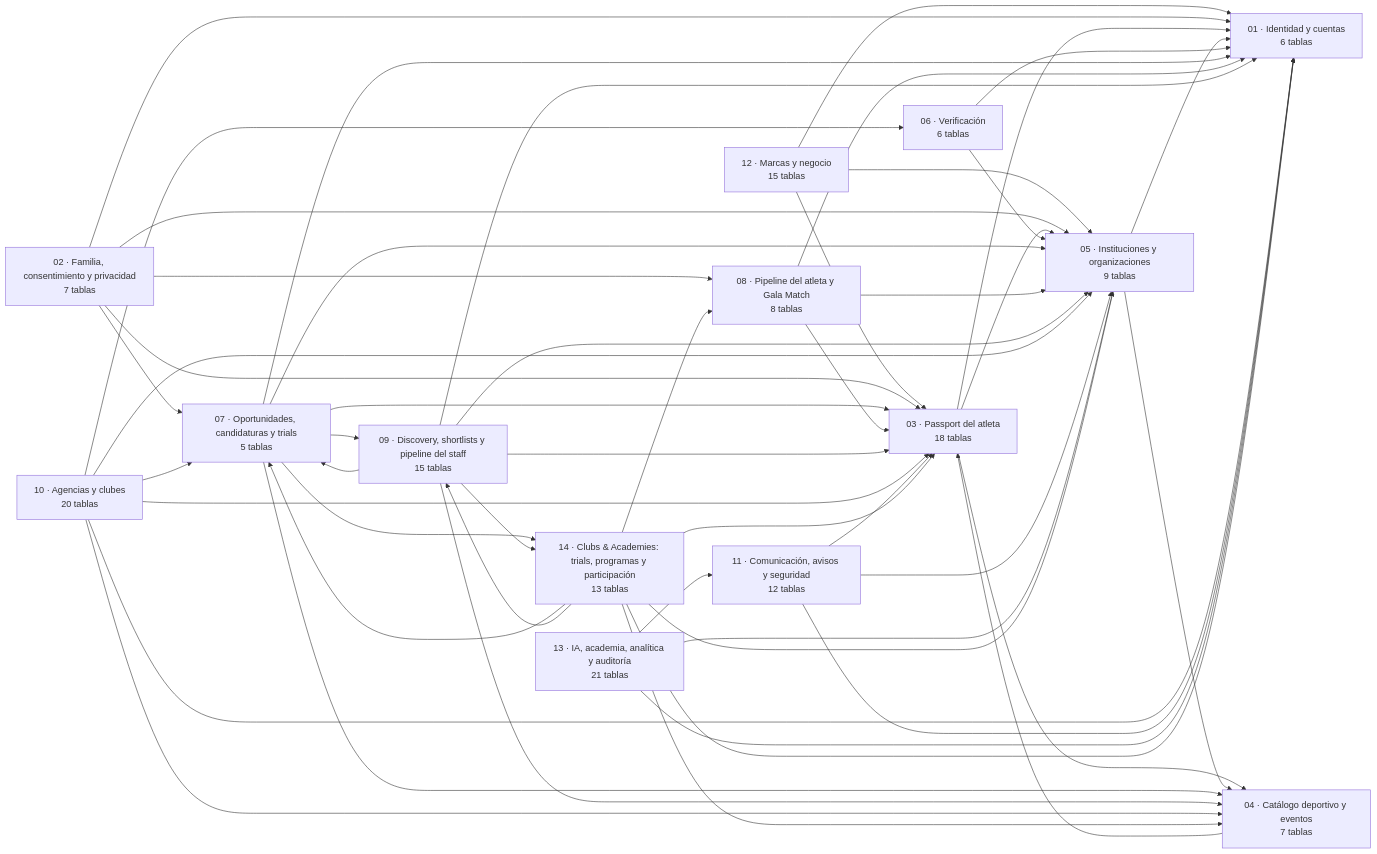
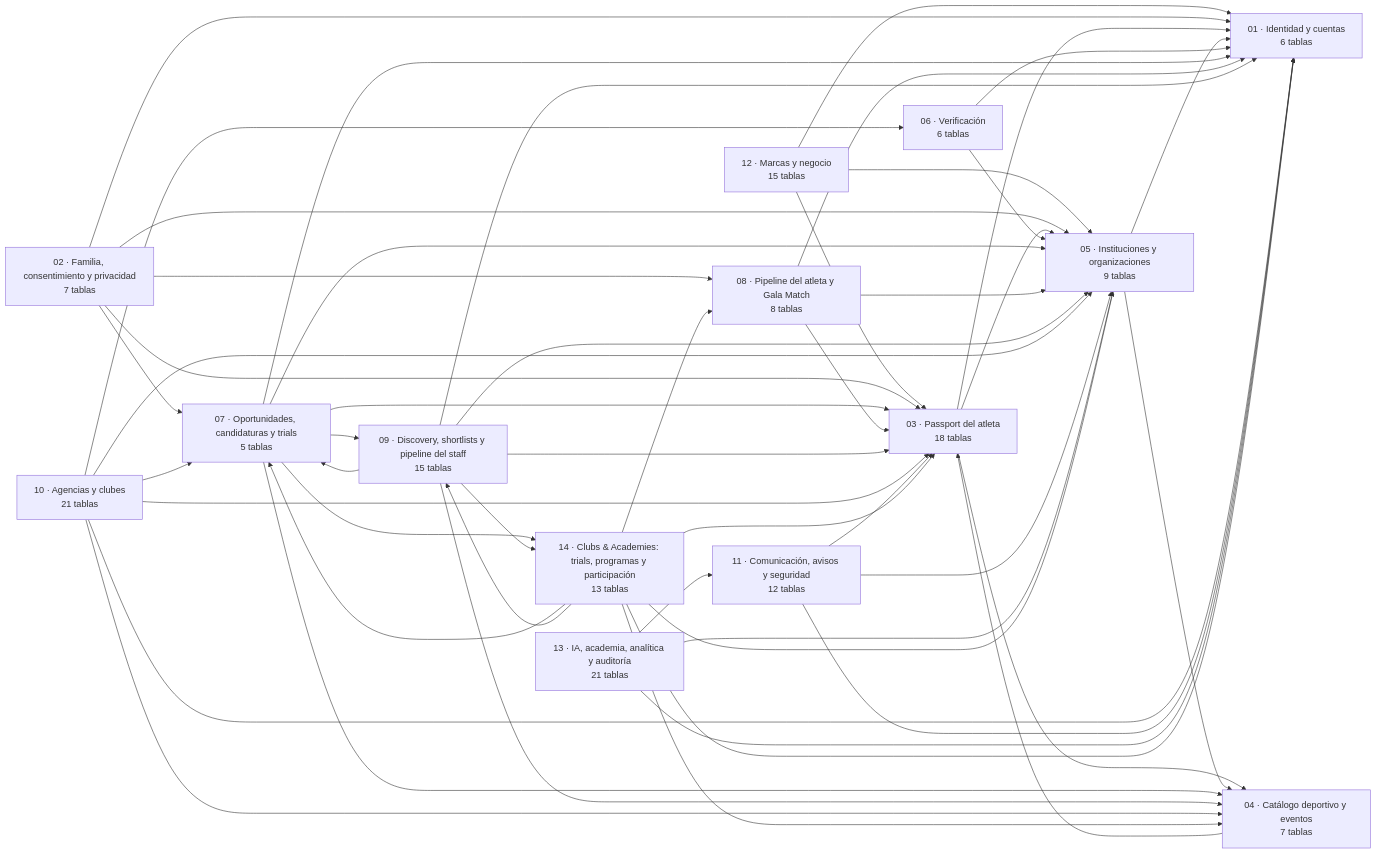
The first of 2 diagrams in docs/erd/00-MASTER.md (Galacamarena9/THE-GALA-ALLIANCE), drawn with Mermaid before and after one commit. The commit also changed other lines of this file and 17 other files, not shown here.

````diff
--- a/docs/erd/00-MASTER.md
+++ b/docs/erd/00-MASTER.md
@@ -13,67 +13,67 @@
 ```mermaid
 flowchart LR
   D01["01 · Identidad y cuentas<br>6 tablas"]
   D02["02 · Familia, consentimiento y privacidad<br>7 tablas"]
   D03["03 · Passport del atleta<br>18 tablas"]
   D04["04 · Catálogo deportivo y eventos<br>7 tablas"]
   D05["05 · Instituciones y organizaciones<br>9 tablas"]
   D06["06 · Verificación<br>6 tablas"]
   D07["07 · Oportunidades, candidaturas y trials<br>5 tablas"]
   D08["08 · Pipeline del atleta y Gala Match<br>8 tablas"]
   D09["09 · Discovery, shortlists y pipeline del staff<br>15 tablas"]
-  D10["10 · Agencias y clubes<br>20 tablas"]
+  D10["10 · Agencias y clubes<br>21 tablas"]
   D11["11 · Comunicación, avisos y seguridad<br>12 tablas"]
   D12["12 · Marcas y negocio<br>15 tablas"]
   D13["13 · IA, academia, analítica y auditoría<br>21 tablas"]
   D14["14 · Clubs & Academies: trials, programas y participación<br>13 tablas"]
   D12 --> D01
   D12 --> D03
   D12 --> D05
   D02 --> D01
   D02 --> D03
   D02 --> D05
   D02 --> D07
   D02 --> D08
   D03 --> D01
   D03 --> D04
   D03 --> D05
   D04 --> D03
   D05 --> D01
   D05 --> D04
   D06 --> D01
   D06 --> D05
   D07 --> D01
   D07 --> D03
   D07 --> D04
   D07 --> D05
   D07 --> D09
   D07 --> D14
   D08 --> D01
   D08 --> D03
   D08 --> D05
   D09 --> D01
   D09 --> D03
   D09 --> D04
   D09 --> D05
   D09 --> D07
   D09 --> D14
   D10 --> D01
   D10 --> D03
   D10 --> D04
   D10 --> D05
   D10 --> D06
   D10 --> D07
   D11 --> D01
   D11 --> D03
   D11 --> D05
   D13 --> D01
   D13 --> D05
   D13 --> D11
   D14 --> D01
   D14 --> D03
   D14 --> D04
   D14 --> D05
   D14 --> D07
   D14 --> D08
   D14 --> D09
 ```
````
